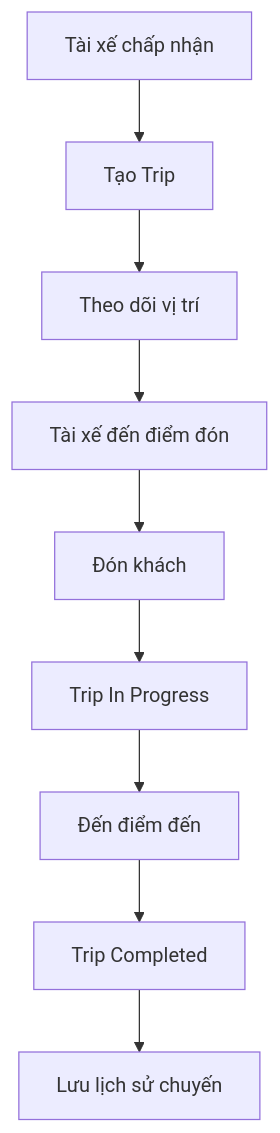
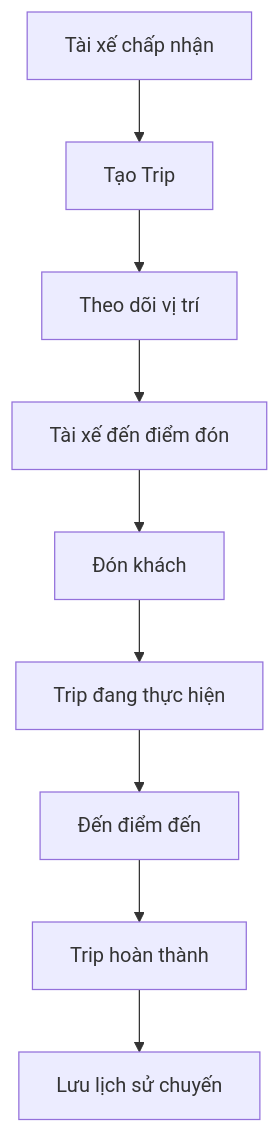
One commit to Phamha0601/23680571_PhamThiThuHa_CabSystem changed the tenth of 29 diagrams in Microservice_Design.md. Above: the diagram before and after it, drawn with Mermaid. The commit also changed other lines of this file, not shown here.

````diff
--- a/Microservice_Design.md
+++ b/Microservice_Design.md
@@ -668,11 +664,11 @@
 ```mermaid
 flowchart TD
     A[Tài xế chấp nhận] --> B[Tạo Trip]
     B --> C[Theo dõi vị trí]
     C --> D[Tài xế đến điểm đón]
     D --> E[Đón khách]
-    E --> F[Trip In Progress]
+    E --> F[Trip đang thực hiện]
     F --> G[Đến điểm đến]
-    G --> H[Trip Completed]
+    G --> H[Trip hoàn thành]
     H --> I[Lưu lịch sử chuyến]
 ```
````
